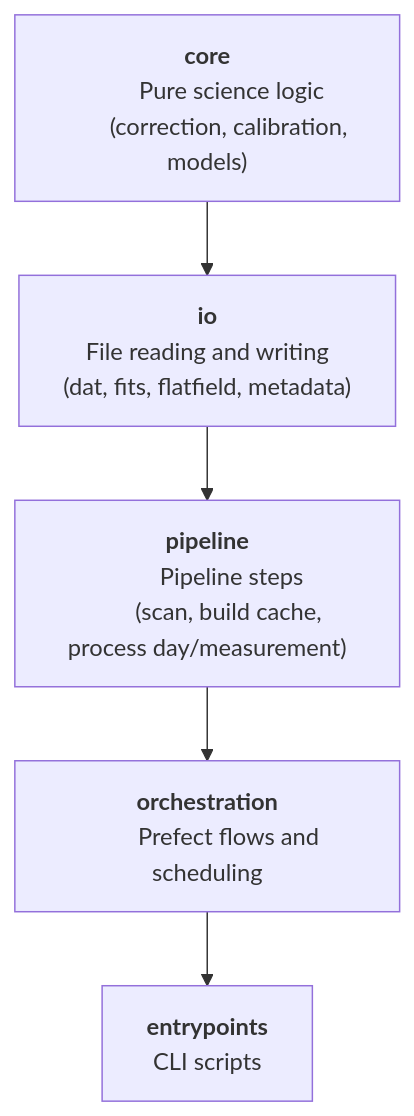
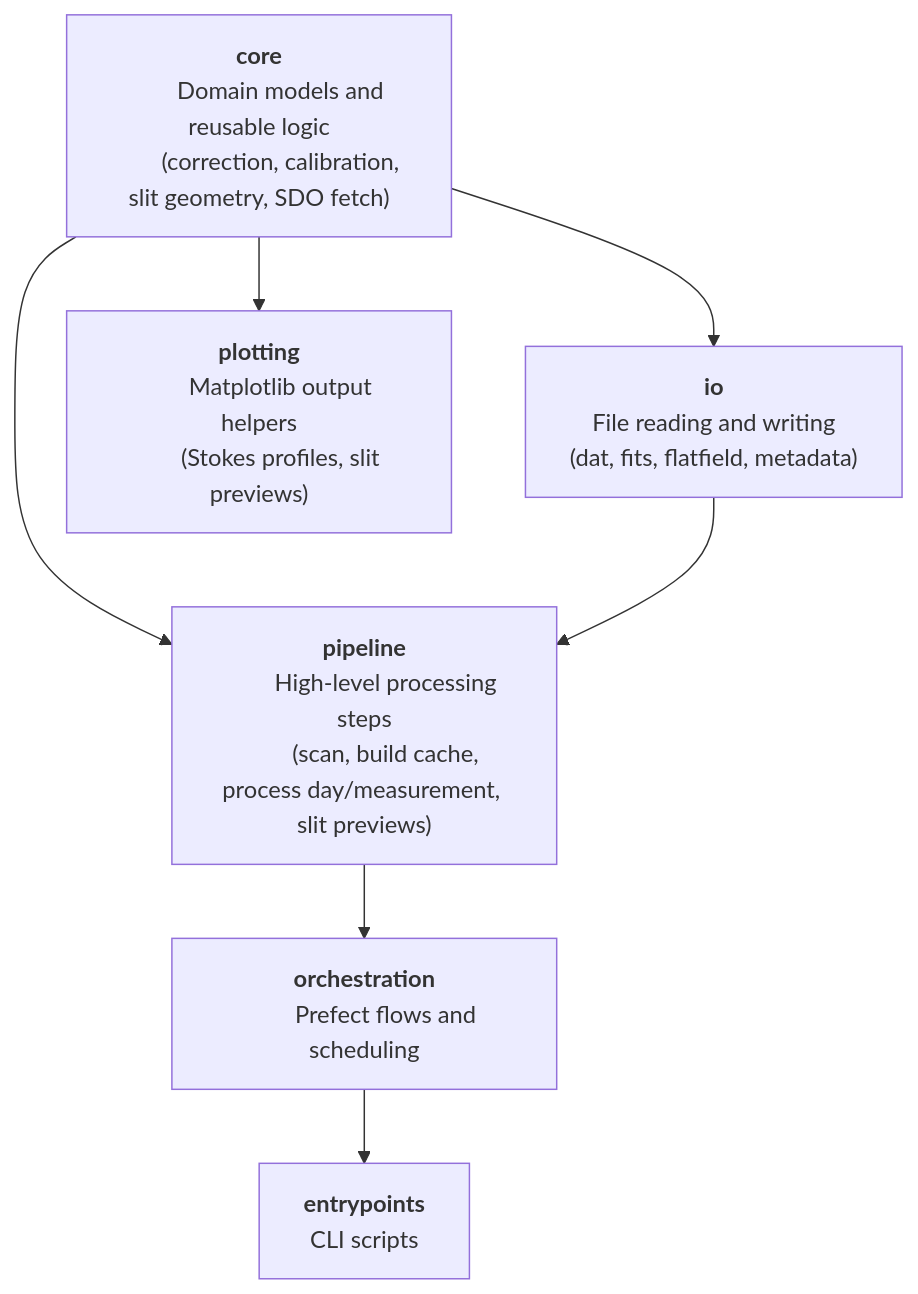
One commit to cdeldon/irsol-data-pipeline changed the second of 5 diagrams in README.md. Above: the diagram before and after it, drawn with Mermaid. The commit also changed other lines of this file and 22 other files, not shown here.

````diff
--- a/README.md
+++ b/README.md
@@ -176,21 +225,26 @@
 ```mermaid
 graph TB
     A["<b>core</b>
-	Pure science logic
-	(correction, calibration, models)"]
+	Domain models and reusable logic
+	(correction, calibration, slit geometry, SDO fetch)"]
     B["<b>io</b>
 	File reading and writing
 	(dat, fits, flatfield, metadata)"]
     C["<b>pipeline</b>
-	Pipeline steps
-	(scan, build cache, process day/measurement)"]
+	High-level processing steps
+	(scan, build cache, process day/measurement, slit previews)"]
+    C2["<b>plotting</b>
+	Matplotlib output helpers
+	(Stokes profiles, slit previews)"]
     D["<b>orchestration</b>
 	Prefect flows and scheduling"]
     E["<b>entrypoints</b>
 	CLI scripts"]
 
     A --> B
+    A --> C
     B --> C
+    A --> C2
     C --> D
     D --> E
 ```
````
